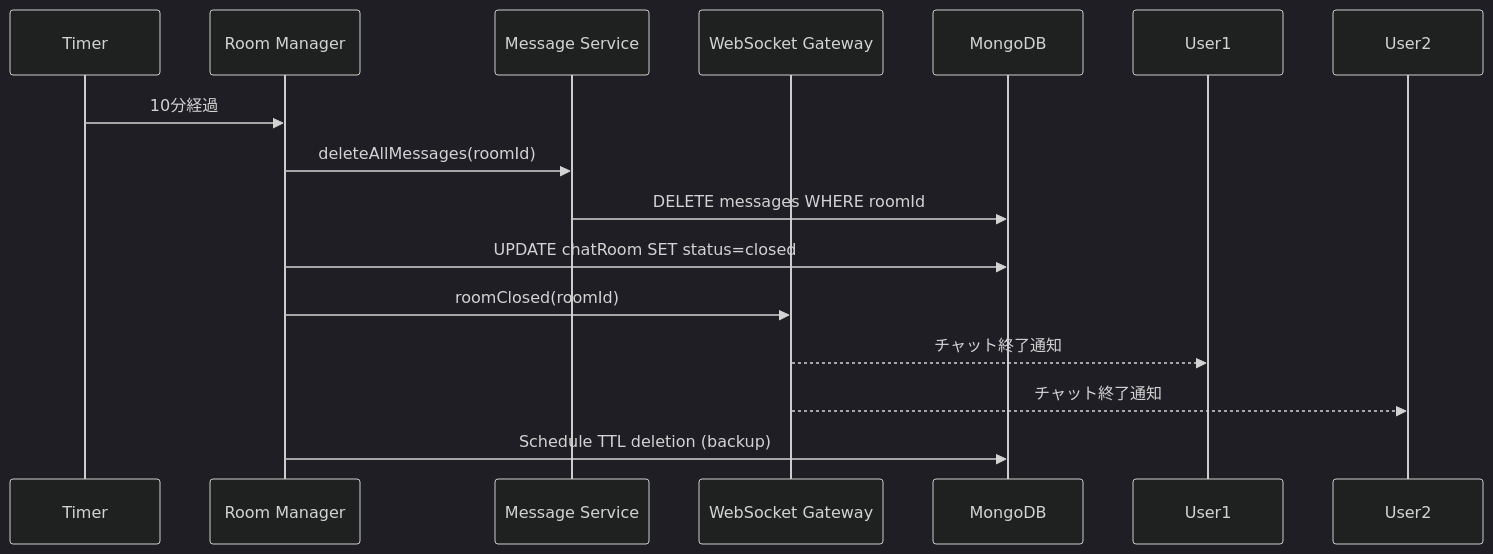
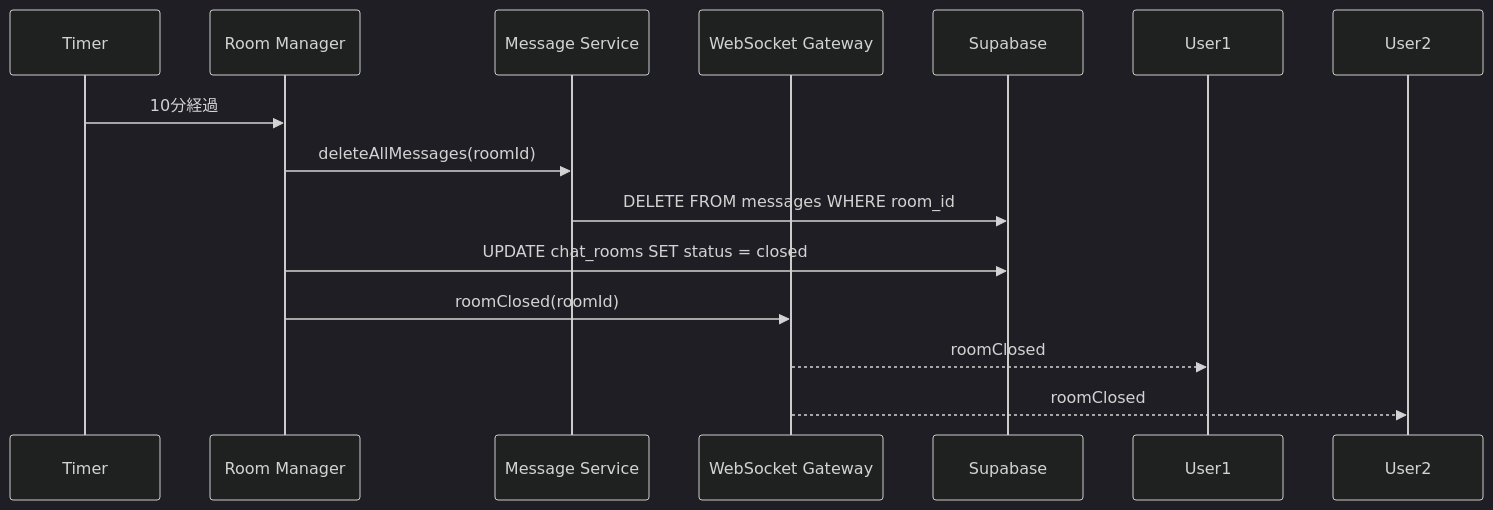
Before and after one commit to hiraaaken/cha-chat: the fourth of 7 diagrams in .kiro/specs/cha-chat/design.md, drawn with Mermaid (dark theme). The commit also changed other lines of this file and 4 other files, not shown here.

````diff
--- a/.kiro/specs/cha-chat/design.md
+++ b/.kiro/specs/cha-chat/design.md
@@ -194,21 +181,19 @@
 ```mermaid
 sequenceDiagram
     participant Timer
     participant Room as Room Manager
     participant MsgSvc as Message Service
     participant Gateway as WebSocket Gateway
-    participant DB as MongoDB
+    participant DB as Supabase
     participant User1
     participant User2
 
     Timer->>Room: 10分経過
     Room->>MsgSvc: deleteAllMessages(roomId)
-    MsgSvc->>DB: DELETE messages WHERE roomId
-    Room->>DB: UPDATE chatRoom SET status=closed
+    MsgSvc->>DB: DELETE FROM messages WHERE room_id
+    Room->>DB: UPDATE chat_rooms SET status = closed
 
     Room->>Gateway: roomClosed(roomId)
-    Gateway-->>User1: チャット終了通知
-    Gateway-->>User2: チャット終了通知
-
-    Room->>DB: Schedule TTL deletion (backup)
+    Gateway-->>User1: roomClosed
+    Gateway-->>User2: roomClosed
 ```
````
